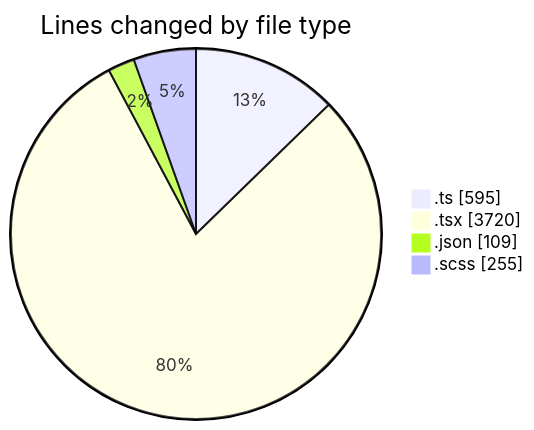
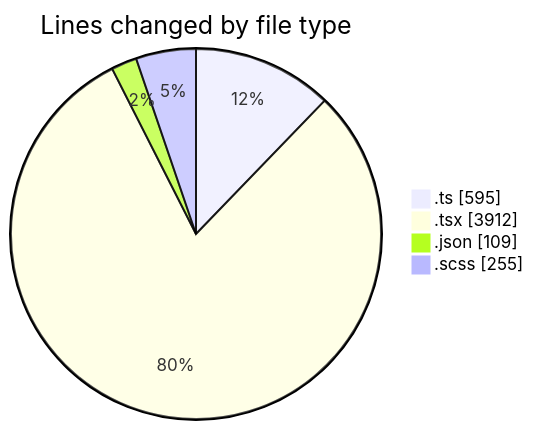
One commit to momahboobian/code-tracking changed the first of 2 diagrams in 2025-07-04/cda/README.md. Above: the diagram before and after it, drawn with Mermaid. The commit also changed other lines of this file and 1 other file, not shown here.

````diff
--- a/2025-07-04/cda/README.md
+++ b/2025-07-04/cda/README.md
@@ -34,8 +35,8 @@
 ```mermaid
 pie showData
 title Lines changed by file type
 ".ts" : 595
-".tsx" : 3720
+".tsx" : 3912
 ".json" : 109
 ".scss" : 255
 ```
````
